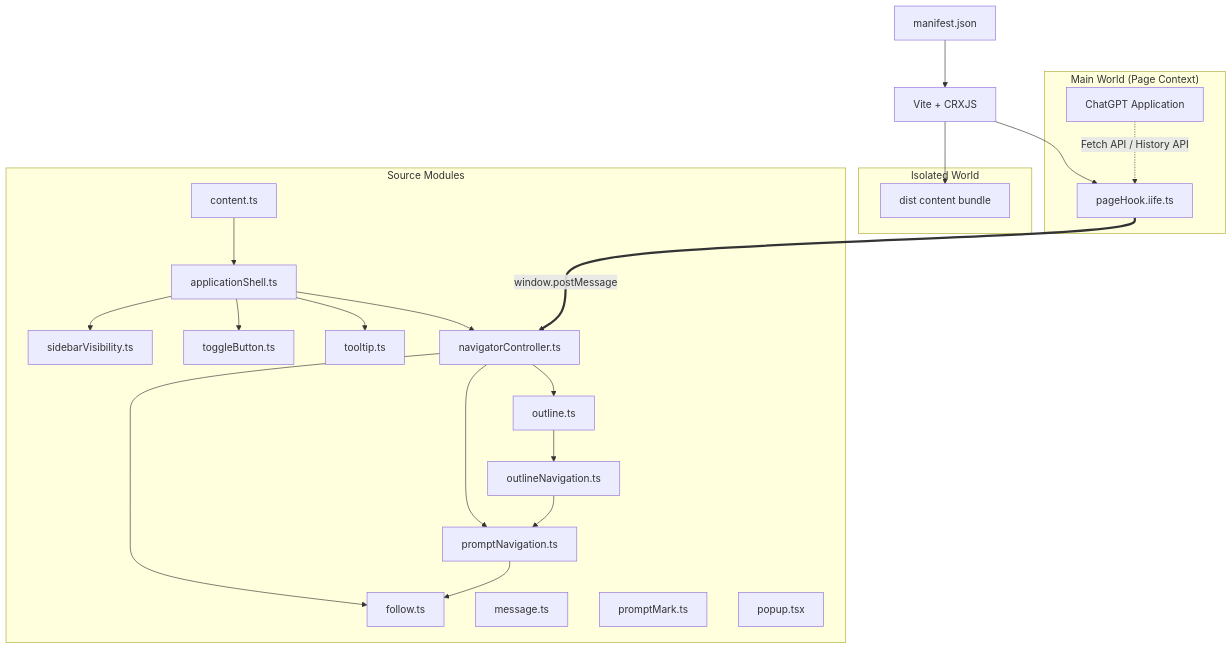
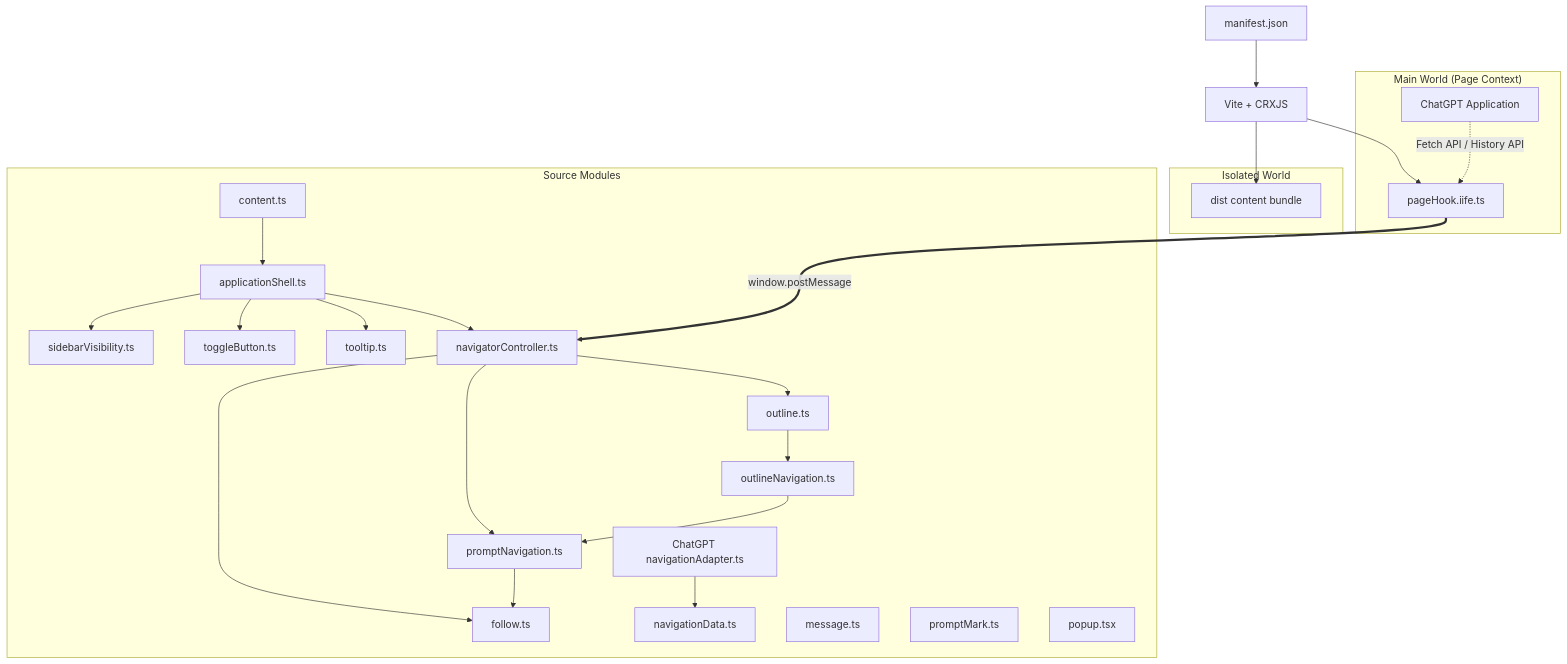
One commit to Leo7805/luna-toc changed the diagram in docs/ARCHITECTURE.md. Above: the diagram before and after it, drawn with Mermaid. The commit also changed other lines of this file and 11 other files, not shown here.

Commit message:
feat(navigation): add platform-independent conversation adapter

````diff
--- a/docs/ARCHITECTURE.md
+++ b/docs/ARCHITECTURE.md
@@ -15,47 +15,50 @@
 ```mermaid
 graph TD
     manifest[manifest.json]
     vite[Vite + CRXJS]
 
     subgraph sourceModules["Source Modules"]
         content[content.ts]
         outline[outline.ts]
         outlineNavigation[outlineNavigation.ts]
         follow[follow.ts]
         promptNavigation[promptNavigation.ts]
+        navigationData[navigationData.ts]
+        chatGptAdapter[ChatGPT navigationAdapter.ts]
         msg[message.ts]
         mark[promptMark.ts]
         vis[sidebarVisibility.ts]
         btn[toggleButton.ts]
         tip[tooltip.ts]
         navigator[navigatorController.ts]
         shell[applicationShell.ts]
         popup[popup.tsx]
     end
 
     subgraph isolatedWorld["Isolated World"]
         contentBundle[dist content bundle]
     end
 
     subgraph mainWorld["Main World (Page Context)"]
         hook[pageHook.iife.ts]
         chatgpt[ChatGPT Application]
     end
 
     manifest --> vite
     content --> shell
     shell --> navigator
     shell --> vis
     shell --> btn
     shell --> tip
     navigator --> outline
     navigator --> promptNavigation
+    chatGptAdapter --> navigationData
     navigator --> follow
     outline --> outlineNavigation
     outlineNavigation --> promptNavigation
     promptNavigation --> follow
     vite --> contentBundle
     vite --> hook
     hook ===>|window.postMessage| navigator
     chatgpt -.->|Fetch API / History API| hook
 ```
````
